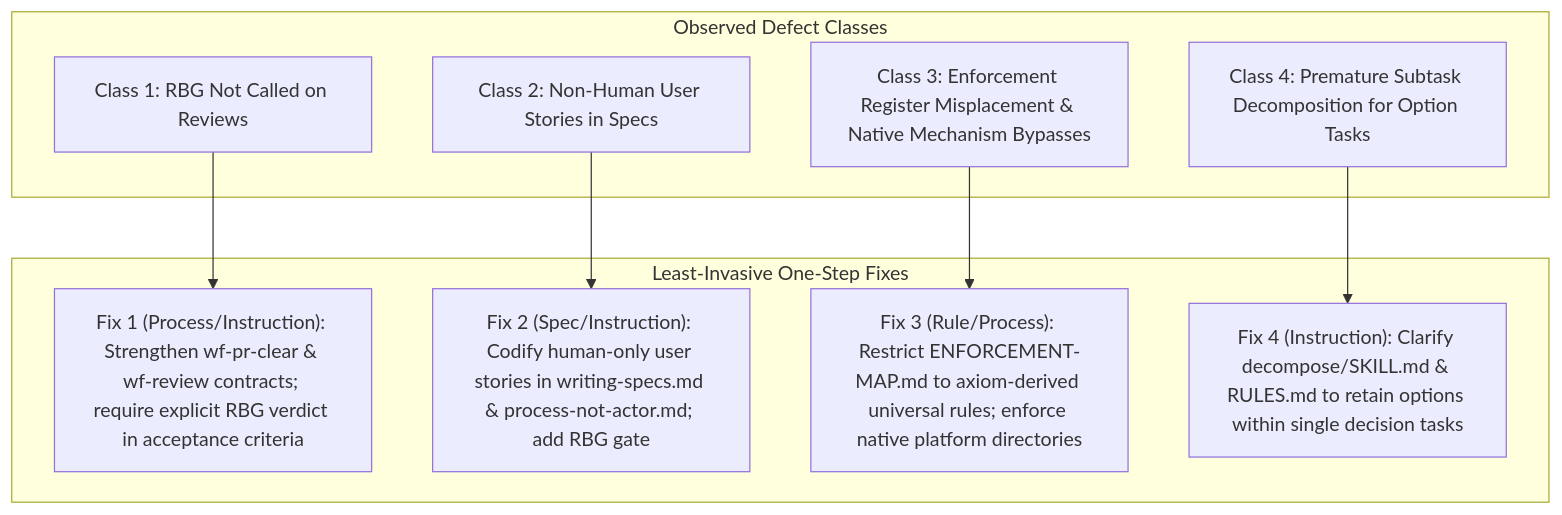
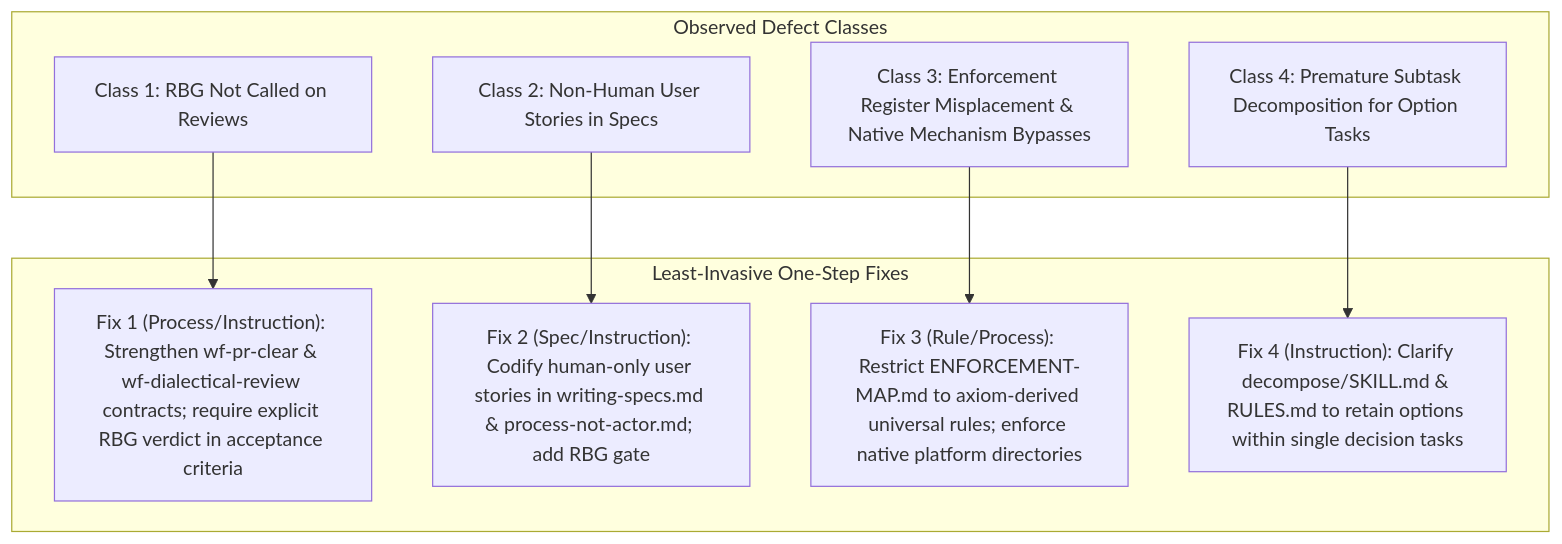
One commit to nicsuzor/academicOps changed the diagram in specs/enforcement/rbg-review-coverage-and-rule-dispatch.md. Above: the diagram before and after it, drawn with Mermaid. The commit also changed other lines of this file and 8 other files, not shown here.

First line of the commit message:
feat(workflows): make dialectical review the default review across templates and specs

````diff
--- a/specs/enforcement/rbg-review-coverage-and-rule-dispatch.md
+++ b/specs/enforcement/rbg-review-coverage-and-rule-dispatch.md
@@ -104,21 +104,21 @@
 ```mermaid
 flowchart TD
     subgraph DefectClasses ["Observed Defect Classes"]
         C1["Class 1: RBG Not Called on Reviews"]
         C2["Class 2: Non-Human User Stories in Specs"]
         C3["Class 3: Enforcement Register Misplacement & Native Mechanism Bypasses"]
         C4["Class 4: Premature Subtask Decomposition for Option Tasks"]
     end
 
     subgraph OneStepFixes ["Least-Invasive One-Step Fixes"]
-        F1["Fix 1 (Process/Instruction): Strengthen wf-pr-clear & wf-review contracts; require explicit RBG verdict in acceptance criteria"]
+        F1["Fix 1 (Process/Instruction): Strengthen wf-pr-clear & wf-dialectical-review contracts; require explicit RBG verdict in acceptance criteria"]
         F2["Fix 2 (Spec/Instruction): Codify human-only user stories in writing-specs.md & process-not-actor.md; add RBG gate"]
         F3["Fix 3 (Rule/Process): Restrict ENFORCEMENT-MAP.md to axiom-derived universal rules; enforce native platform directories"]
         F4["Fix 4 (Instruction): Clarify decompose/SKILL.md & RULES.md to retain options within single decision tasks"]
     end
 
     C1 --> F1
     C2 --> F2
     C3 --> F3
     C4 --> F4
 ```
````
